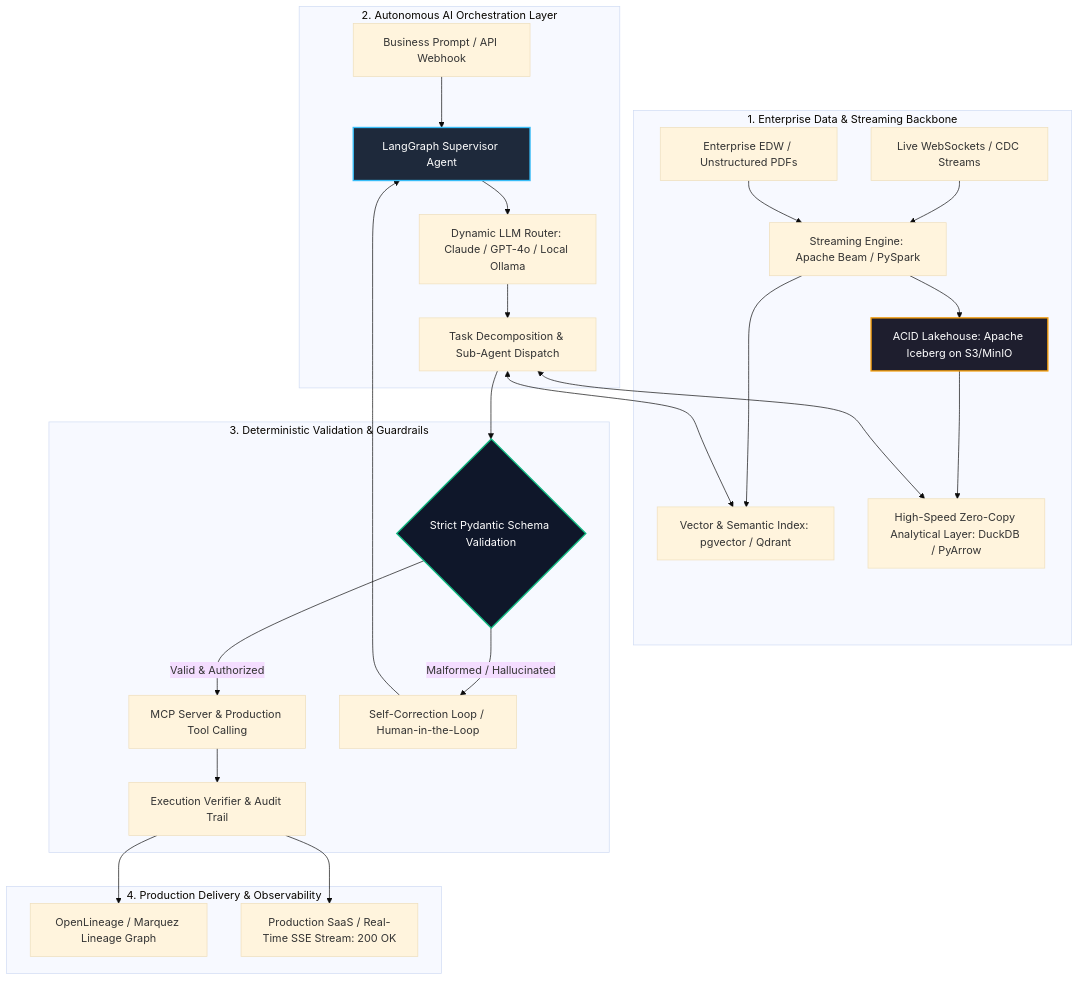
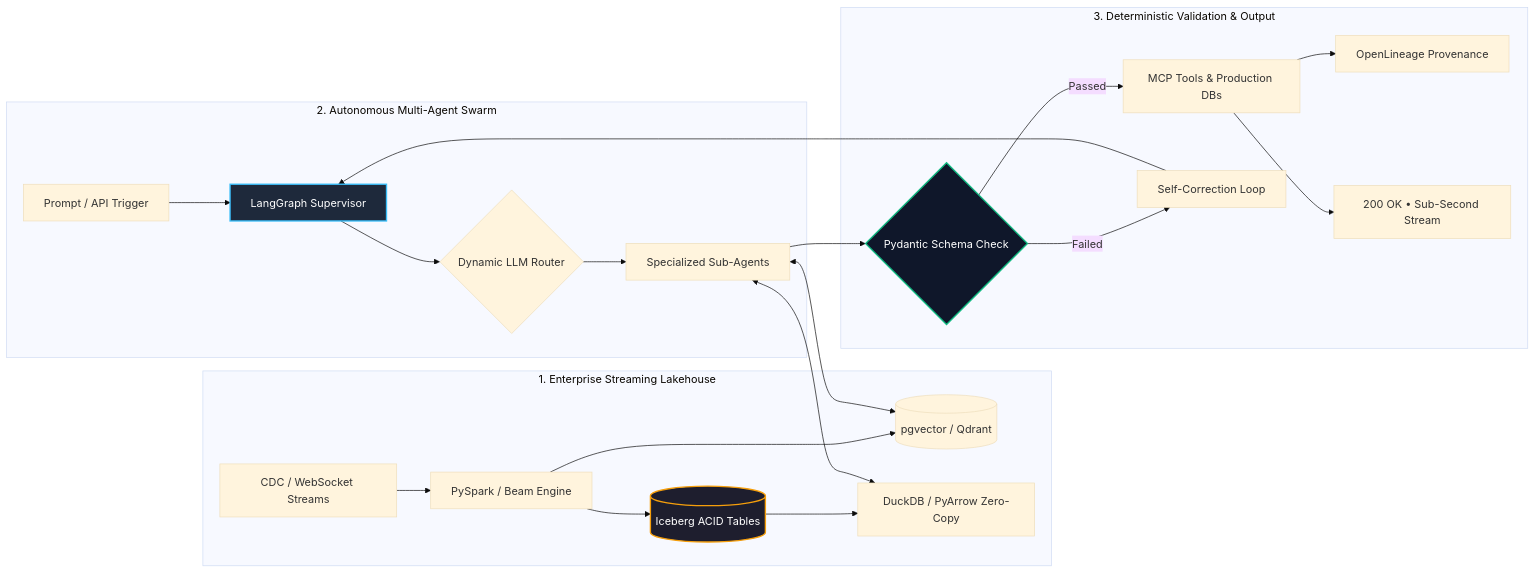
The diagram in README.md (DharmadhikariSS/DharmadhikariSS), drawn with Mermaid (base theme) before and after one commit. The commit also changed other lines of this file and 2 other files, not shown here.

Commit message:
feat: redesign profile with custom hero banner, live terminal SVG, and punchy layout

````diff
--- a/README.md
+++ b/README.md
@@ -68,35 +92,30 @@
 ```mermaid
-flowchart TD
-    subgraph Data_Backbone["1. Enterprise Data & Streaming Backbone"]
-        A1[Live WebSockets / CDC Streams] --> B1[Streaming Engine: Apache Beam / PySpark]
-        A2[Enterprise EDW / Unstructured PDFs] --> B1
-        B1 --> C1[ACID Lakehouse: Apache Iceberg on S3/MinIO]
-        B1 --> C2[Vector & Semantic Index: pgvector / Qdrant]
-        C1 --> D1[High-Speed Zero-Copy Analytical Layer: DuckDB / PyArrow]
+flowchart LR
+    subgraph S1["1. Enterprise Streaming Lakehouse"]
+        A[CDC / WebSocket Streams] --> B[PySpark / Beam Engine]
+        B --> C[(Iceberg ACID Tables)]
+        B --> D[(pgvector / Qdrant)]
+        C --> E[DuckDB / PyArrow Zero-Copy]
     end
 
-    subgraph Agentic_Core["2. Autonomous AI Orchestration Layer"]
-        UserReq[Business Prompt / API Webhook] --> Supervisor[LangGraph Supervisor Agent]
-        Supervisor --> Intent[Dynamic LLM Router: Claude / GPT-4o / Local Ollama]
-        Intent --> Planner[Task Decomposition & Sub-Agent Dispatch]
-        Planner <--> C2
-        Planner <--> D1
+    subgraph S2["2. Autonomous Multi-Agent Swarm"]
+        Req[Prompt / API Trigger] --> Sup[LangGraph Supervisor]
+        Sup --> Router{Dynamic LLM Router}
+        Router --> S_Agents[Specialized Sub-Agents]
+        S_Agents <--> D
+        S_Agents <--> E
     end
 
-    subgraph Deterministic_Execution["3. Deterministic Validation & Guardrails"]
-        Planner --> SchemaCheck{Strict Pydantic Schema Validation}
-        SchemaCheck -->|Valid & Authorized| ToolCall[MCP Server & Production Tool Calling]
-        SchemaCheck -->|Malformed / Hallucinated| SelfHeal[Self-Correction Loop / Human-in-the-Loop]
-        SelfHeal --> Supervisor
-        ToolCall --> Verification[Execution Verifier & Audit Trail]
+    subgraph S3["3. Deterministic Validation & Output"]
+        S_Agents --> Gate{Pydantic Schema Check}
+        Gate -->|Passed| MCP[MCP Tools & Production DBs]
+        Gate -->|Failed| SelfHeal[Self-Correction Loop]
+        SelfHeal --> Sup
+        MCP --> Lineage[OpenLineage Provenance]
+        MCP --> API[200 OK • Sub-Second Stream]
     end
 
-    subgraph Delivery["4. Production Delivery & Observability"]
-        Verification --> Provenance[OpenLineage / Marquez Lineage Graph]
-        Verification --> FinalOutput[Production SaaS / Real-Time SSE Stream: 200 OK]
-    end
-
-    style Supervisor fill:#1e293b,stroke:#38bdf8,stroke-width:2px,color:#fff
-    style SchemaCheck fill:#0f172a,stroke:#10b981,stroke-width:2px,color:#fff
-    style C1 fill:#1e1e2e,stroke:#f59e0b,stroke-width:2px,color:#fff
+    style Sup fill:#1e293b,stroke:#38bdf8,stroke-width:2px,color:#fff
+    style Gate fill:#0f172a,stroke:#10b981,stroke-width:2px,color:#fff
+    style C fill:#1e1e2e,stroke:#f59e0b,stroke-width:2px,color:#fff
 ```
````
